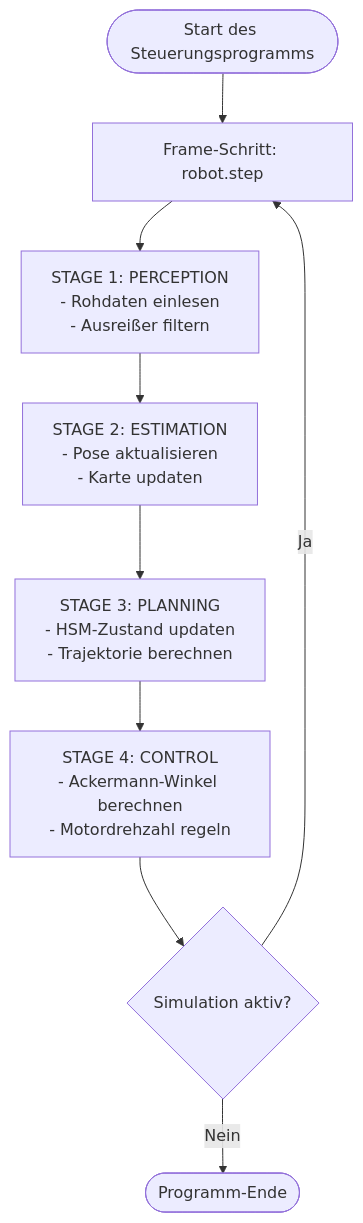
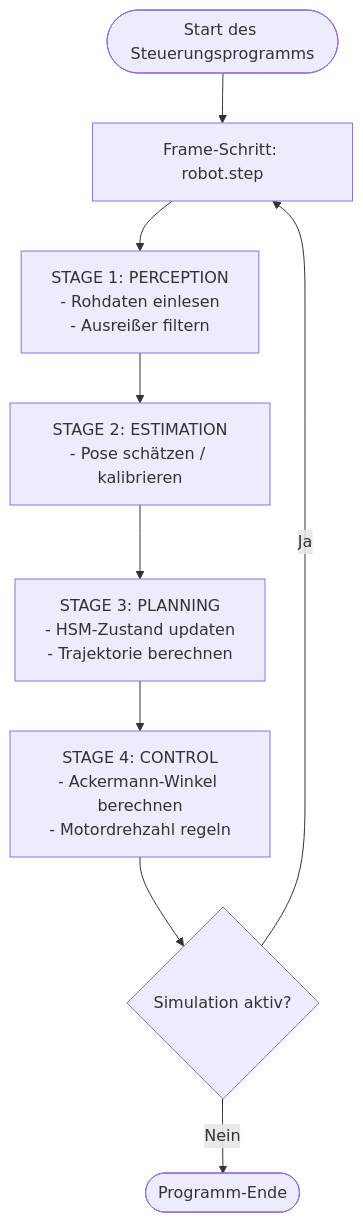
One commit to Bigfire3/wro-fe-rl-simulation changed the diagram in docs/architecture.md. Above: the diagram before and after it, drawn with Mermaid. The commit also changed other lines of this file and 4 other files, not shown here.

Commit message:
feat: document state machine and architecture, and implement initial WRO driver controller structure

````diff
--- a/docs/architecture.md
+++ b/docs/architecture.md
@@ -68,11 +80,11 @@
 ```mermaid
 graph TD
     Start([Start des Steuerungsprogramms]) --> Step[Frame-Schritt: robot.step]
     Step --> Stage1[STAGE 1: PERCEPTION<br/>- Rohdaten einlesen<br/>- Ausreißer filtern]
-    Stage1 --> Stage2[STAGE 2: ESTIMATION<br/>- Pose aktualisieren<br/>- Karte updaten]
+    Stage1 --> Stage2[STAGE 2: ESTIMATION<br/>- Pose schätzen / kalibrieren]
     Stage2 --> Stage3[STAGE 3: PLANNING<br/>- HSM-Zustand updaten<br/>- Trajektorie berechnen]
     Stage3 --> Stage4[STAGE 4: CONTROL<br/>- Ackermann-Winkel berechnen<br/>- Motordrehzahl regeln]
     Stage4 --> Check{Simulation aktiv?}
     Check -- Ja --> Step
     Check -- Nein --> End([Programm-Ende])
 ```
````
